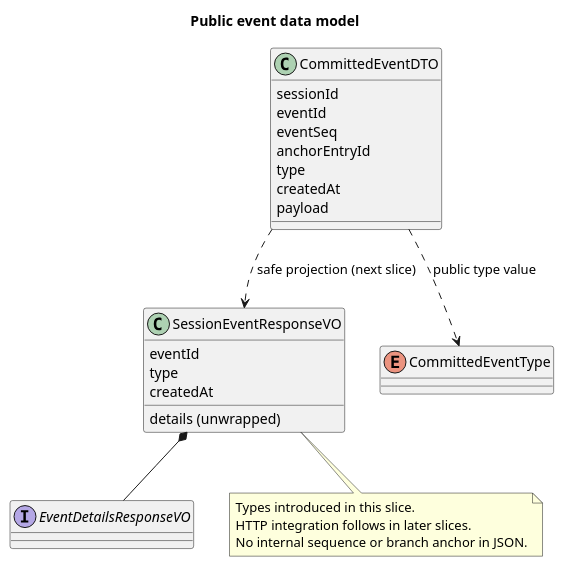
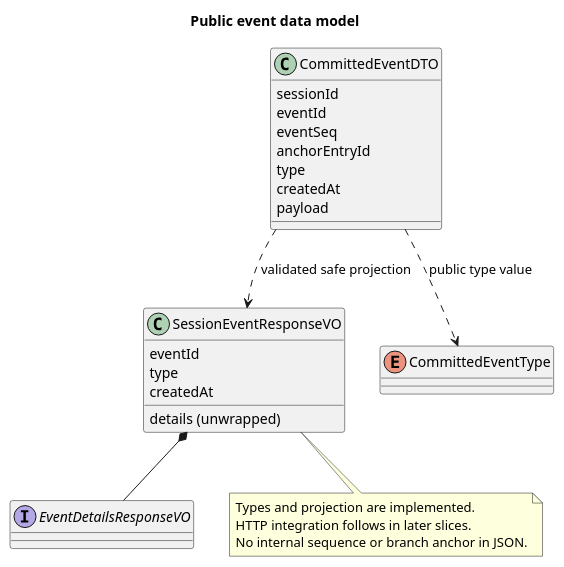
Before and after one commit to 2862282695gjh-afk/pi-mono-java: the first of 2 diagrams in docs/designs/runtime-public-events/diagram.puml, drawn with PlantUML. The commit also changed other lines of this file and 15 other files, not shown here.

```diff
--- a/docs/designs/runtime-public-events/diagram.puml
+++ b/docs/designs/runtime-public-events/diagram.puml
@@ -1,34 +1,35 @@
 @startuml public_event_types
 title Public event data model
 ' Source baseline: pi-mono-java 2f52e9b8
 ' Source: modules/coding-agent-cli/src/main/java/com/campusclaw/codingagent/runtimeapi/event/RuntimeEntryCodec.java#toSseData
 ' Source: modules/coding-agent-cli/src/main/java/com/campusclaw/codingagent/runtimeapi/vo/RuntimeSseEventVO.java
 ' Observed behavior: the existing HTTP path uses the legacy event wrapper.
-' Design reason: persistence identity must not leak through the public response.
+' Source: modules/coding-agent-cli/src/main/java/com/campusclaw/codingagent/runtimeapi/persistence/MyBatisRuntimeSessionRepository.java#appendEntryWithUsage
+' Design reason: persistence identity must not leak through the public response; related writes share one transaction.
 ' Java divergence: the public event protocol is a CampusClaw architecture change.
 class CommittedEventDTO {
   sessionId
   eventId
   eventSeq
   anchorEntryId
   type
   createdAt
   payload
 }
 class SessionEventResponseVO {
   eventId
   type
   createdAt
   details (unwrapped)
 }
 interface EventDetailsResponseVO
 enum CommittedEventType
 SessionEventResponseVO *-- EventDetailsResponseVO
 CommittedEventDTO ..> CommittedEventType : public type value
-CommittedEventDTO ..> SessionEventResponseVO : safe projection (next slice)
+CommittedEventDTO ..> SessionEventResponseVO : validated safe projection
 note bottom of SessionEventResponseVO
-  Types introduced in this slice.
+  Types and projection are implemented.
   HTTP integration follows in later slices.
   No internal sequence or branch anchor in JSON.
 end note
 @enduml
```
